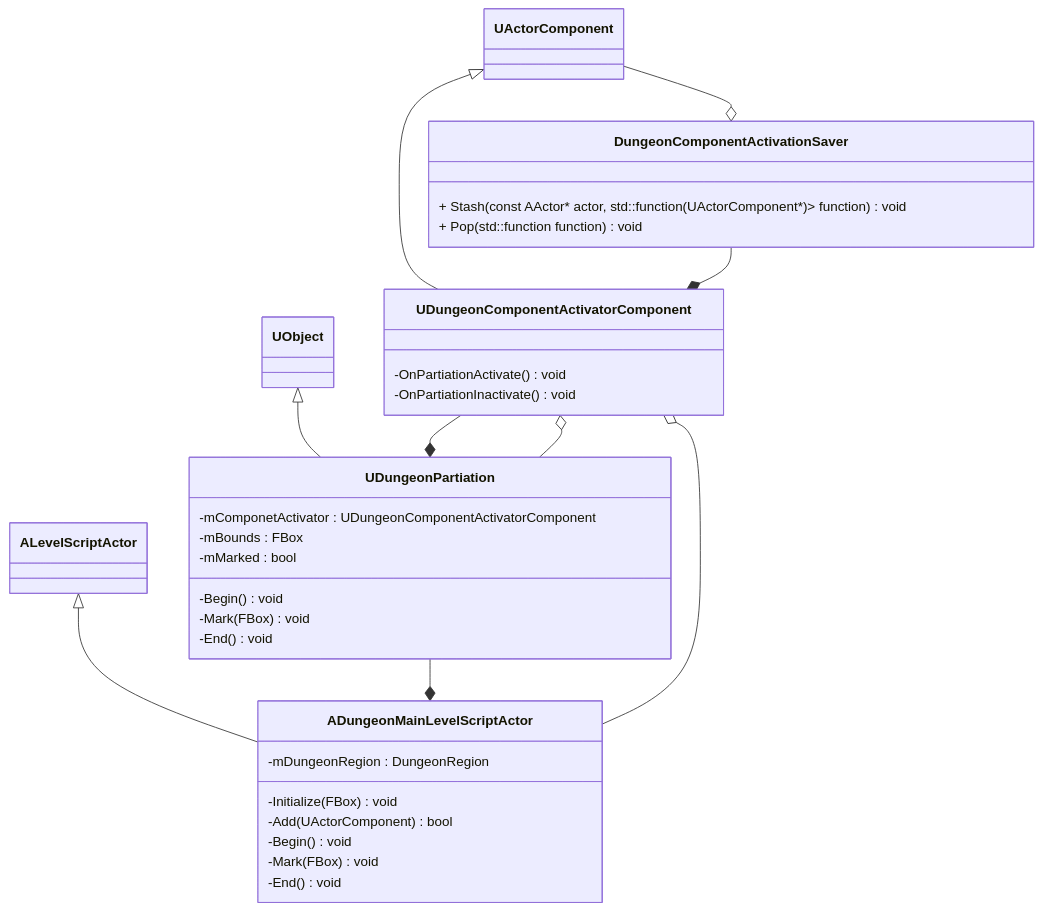
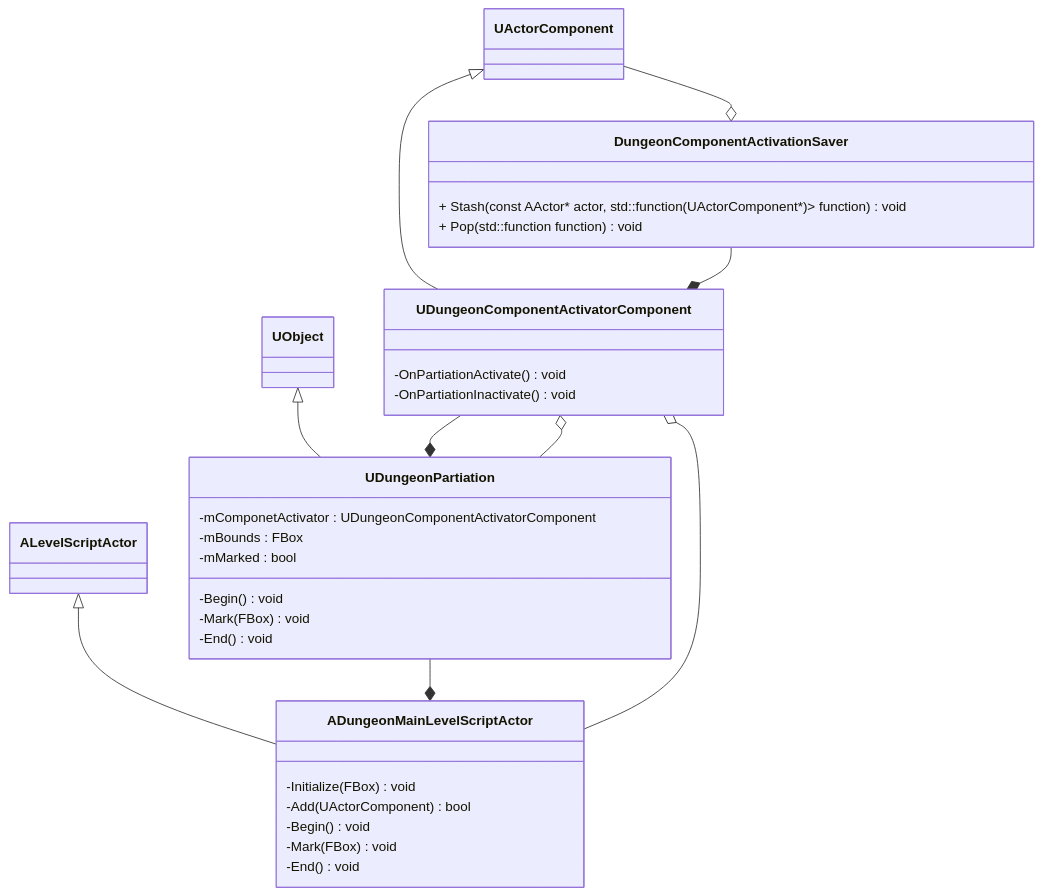
One commit to shun126/DungeonGenerator changed the first of 4 diagrams in Source/DungeonGenerator/Private/MainLevel/README.md. Above: the diagram before and after it, drawn with Mermaid. The commit also changed other lines of this file and 52 other files, not shown here.

````diff
--- a/Source/DungeonGenerator/Private/MainLevel/README.md
+++ b/Source/DungeonGenerator/Private/MainLevel/README.md
@@ -6,47 +20,45 @@
 ```mermaid
 classDiagram
 
-class DungeonComponentActivationSaver{
+class DungeonComponentActivationSaver {
 	+ Stash(const AActor* actor, std::function<std::pair<bool, T>(UActorComponent*)> function) void
 	+ Pop(std::function<void(UActorComponent*, const T)> function) void
 }
 
 class UDungeonComponentActivatorComponent {
     -OnPartiationActivate() void
     -OnPartiationInactivate() void
 }
 
 class UDungeonPartiation {
     -mComponetActivator : UDungeonComponentActivatorComponent
     -mBounds : FBox
     -mMarked : bool
 
     -Begin() void
     -Mark(FBox) void
     -End() void
 }
 
 class ADungeonMainLevelScriptActor {
-    -mDungeonRegion : DungeonRegion
-
     -Initialize(FBox) void
     -Add(UActorComponent) bool
 
     -Begin() void
     -Mark(FBox) void
     -End() void
 }
 
 UActorComponent --o DungeonComponentActivationSaver
 
 UActorComponent <|-- UDungeonComponentActivatorComponent
 ADungeonMainLevelScriptActor --o UDungeonComponentActivatorComponent
 UDungeonPartiation --o UDungeonComponentActivatorComponent
 DungeonComponentActivationSaver --* UDungeonComponentActivatorComponent
 
 UObject <|-- UDungeonPartiation
 UDungeonComponentActivatorComponent --* UDungeonPartiation
 
 ALevelScriptActor <|-- ADungeonMainLevelScriptActor
 UDungeonPartiation --* ADungeonMainLevelScriptActor
 ```
````
